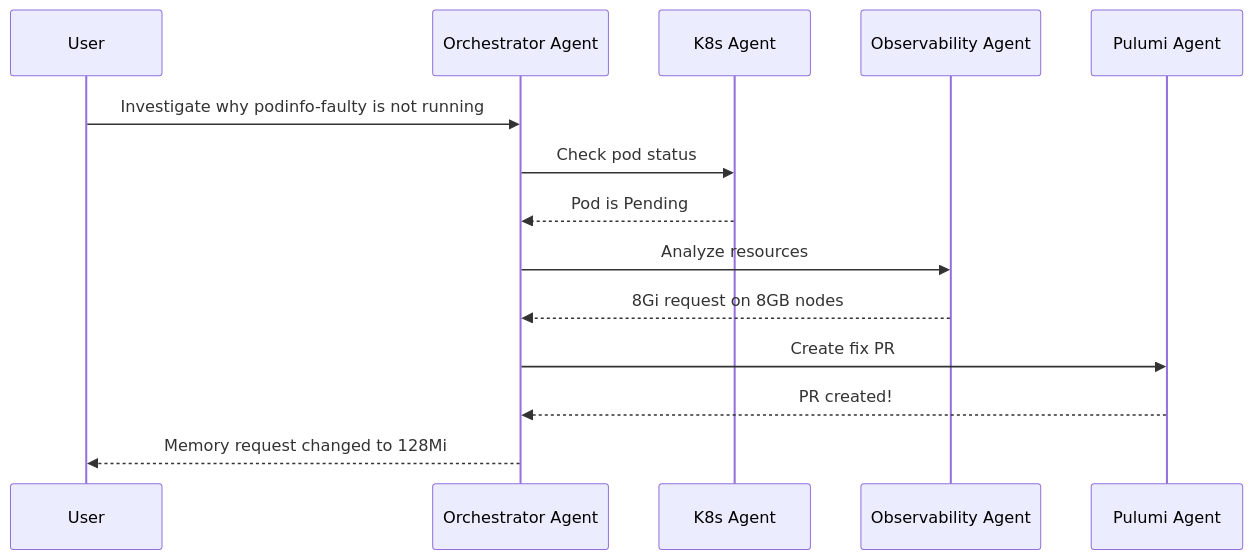
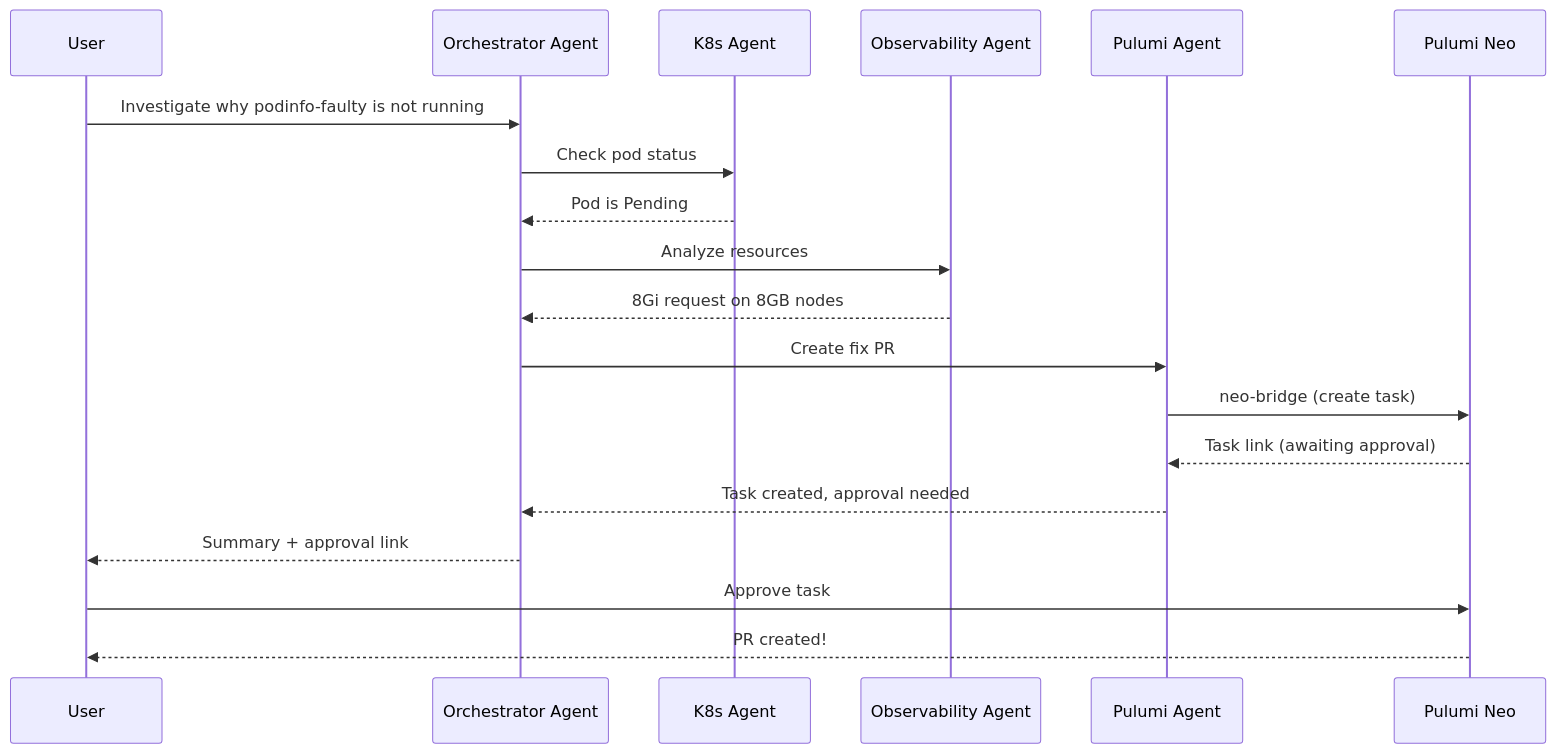
Before and after one commit to dirien/cfgmgmtcamp-2026-agentic-ai-workshop: the second of 2 diagrams in 04-multi-agent-troubleshooting.md, drawn with Mermaid. The commit also changed other lines of this file and 7 other files, not shown here.

````diff
--- a/04-multi-agent-troubleshooting.md
+++ b/04-multi-agent-troubleshooting.md
@@ -611,17 +708,22 @@
 ```mermaid
 sequenceDiagram
     participant U as User
     participant O as Orchestrator Agent
     participant K as K8s Agent
     participant OBS as Observability Agent
     participant PU as Pulumi Agent
+    participant NEO as Pulumi Neo
 
     U->>O: Investigate why podinfo-faulty is not running
     O->>K: Check pod status
     K-->>O: Pod is Pending
     O->>OBS: Analyze resources
     OBS-->>O: 8Gi request on 8GB nodes
     O->>PU: Create fix PR
-    PU-->>O: PR created!
-    O-->>U: Memory request changed to 128Mi
+    PU->>NEO: neo-bridge (create task)
+    NEO-->>PU: Task link (awaiting approval)
+    PU-->>O: Task created, approval needed
+    O-->>U: Summary + approval link
+    U->>NEO: Approve task
+    NEO-->>U: PR created!
 ```
````
